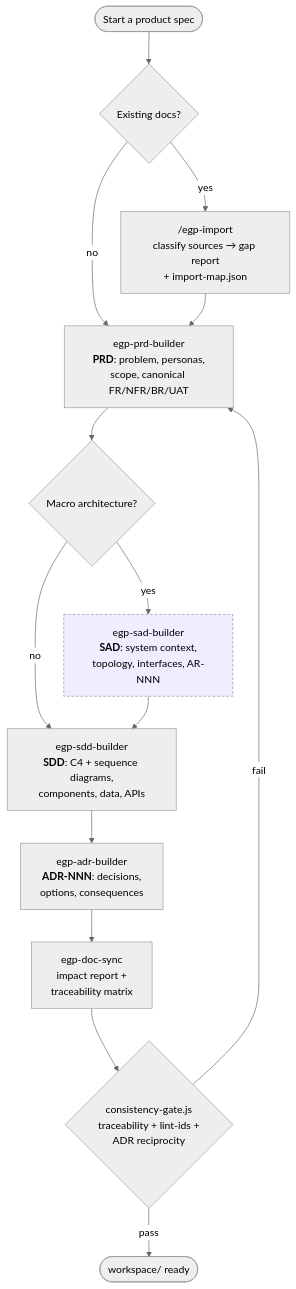
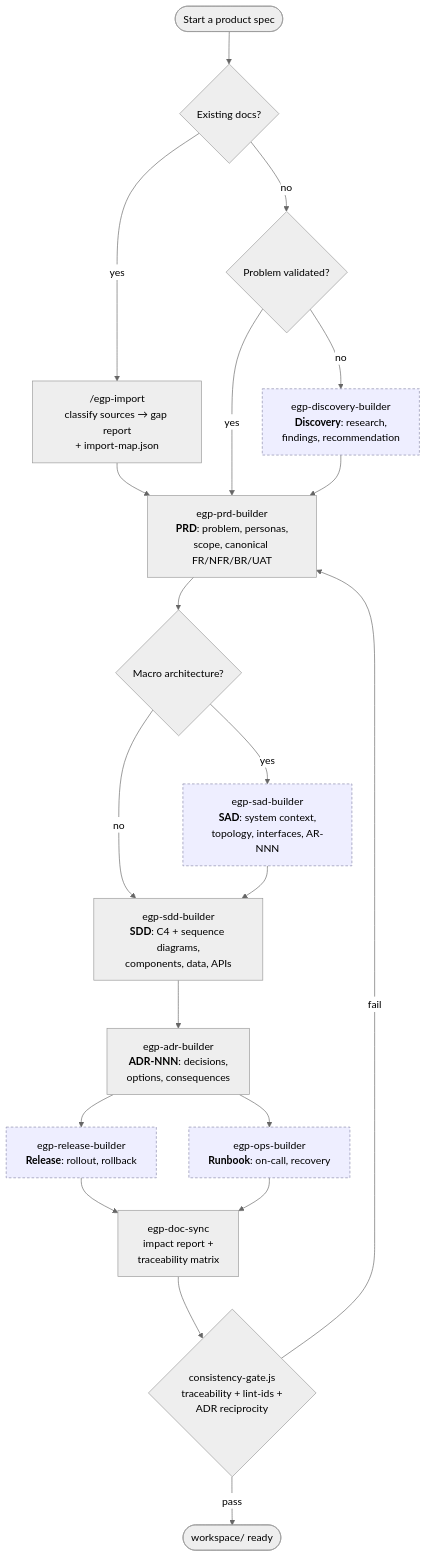
Before and after one commit to vivaldomp/engineering-product-skills: the diagram in README.md, drawn with Mermaid (neutral theme). The commit also changed other lines of this file and 16 other files, not shown here.

First line of the commit message:
feat(docs): add discovery, release, and runbook document types

````diff
--- a/README.md
+++ b/README.md
@@ -106,24 +106,32 @@
 ```mermaid
 flowchart TD
     Start([Start a product spec]) --> Has{Existing docs?}
     Has -- yes --> Import["/egp-import<br/>classify sources → gap report<br/>+ import-map.json"]
-    Has -- no --> PRD
+    Has -- no --> Discq
     Import --> PRD
+
+    Discq{Problem validated?}
+    Discq -- no --> Disc["egp-discovery-builder<br/><b>Discovery</b>: research,<br/>findings, recommendation"]
+    Discq -- yes --> PRD
+    Disc --> PRD
 
     PRD["egp-prd-builder<br/><b>PRD</b>: problem, personas,<br/>scope, canonical FR/NFR/BR/UAT"]
     PRD --> SADq{Macro architecture?}
     SADq -- yes --> SAD["egp-sad-builder<br/><b>SAD</b>: system context,<br/>topology, interfaces, AR-NNN"]
     SADq -- no --> SDD
     SAD --> SDD
 
     SDD["egp-sdd-builder<br/><b>SDD</b>: C4 + sequence diagrams,<br/>components, data, APIs"]
     SDD --> ADR["egp-adr-builder<br/><b>ADR-NNN</b>: decisions,<br/>options, consequences"]
-    ADR --> Sync["egp-doc-sync<br/>impact report +<br/>traceability matrix"]
+    ADR --> Rel["egp-release-builder<br/><b>Release</b>: rollout, rollback"]
+    ADR --> Ops["egp-ops-builder<br/><b>Runbook</b>: on-call, recovery"]
+    Rel --> Sync["egp-doc-sync<br/>impact report +<br/>traceability matrix"]
+    Ops --> Sync
 
     Sync --> Gate{"consistency-gate.js<br/>traceability + lint-ids +<br/>ADR reciprocity"}
     Gate -- pass --> Done(["workspace/ ready"])
     Gate -- "fail" --> PRD
 
     classDef opt fill:#eef,stroke:#88a,stroke-dasharray:4 3;
-    class SAD opt;
+    class Disc,SAD,Rel,Ops opt;
 ```
````
